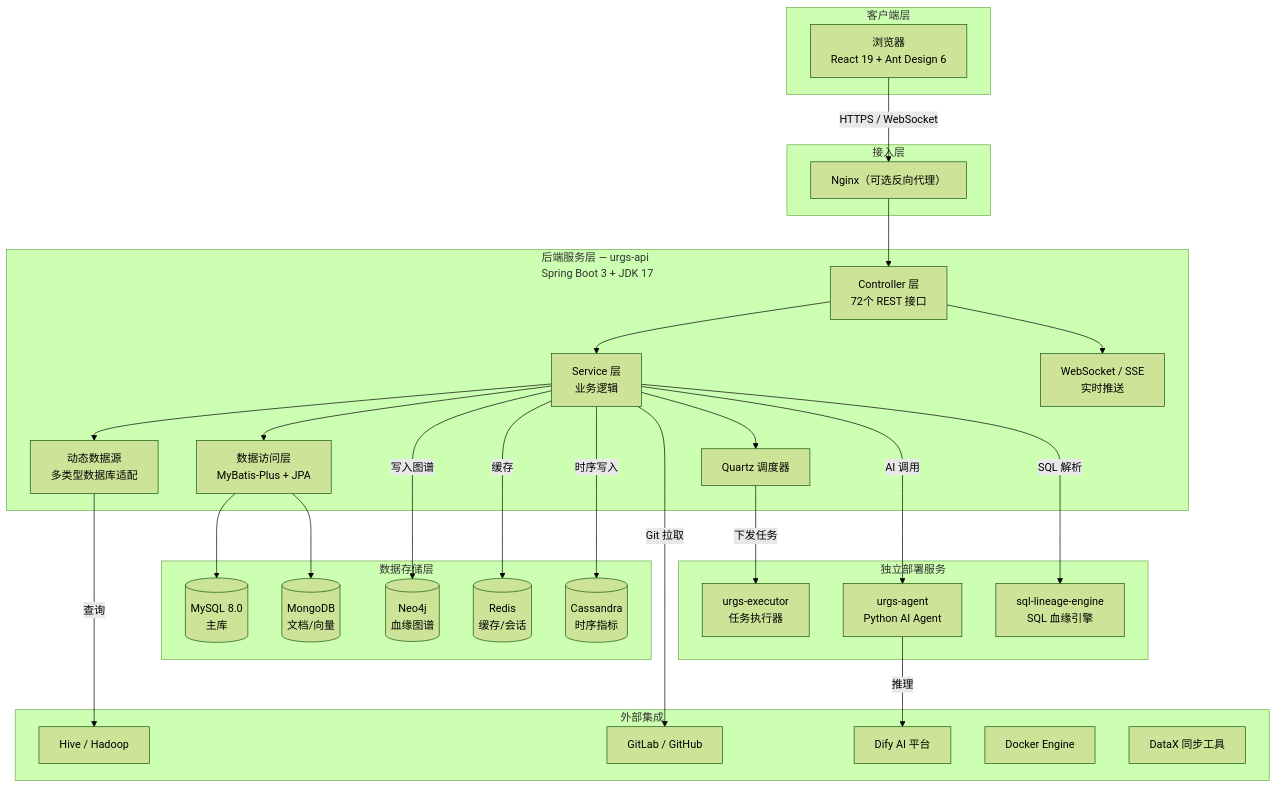
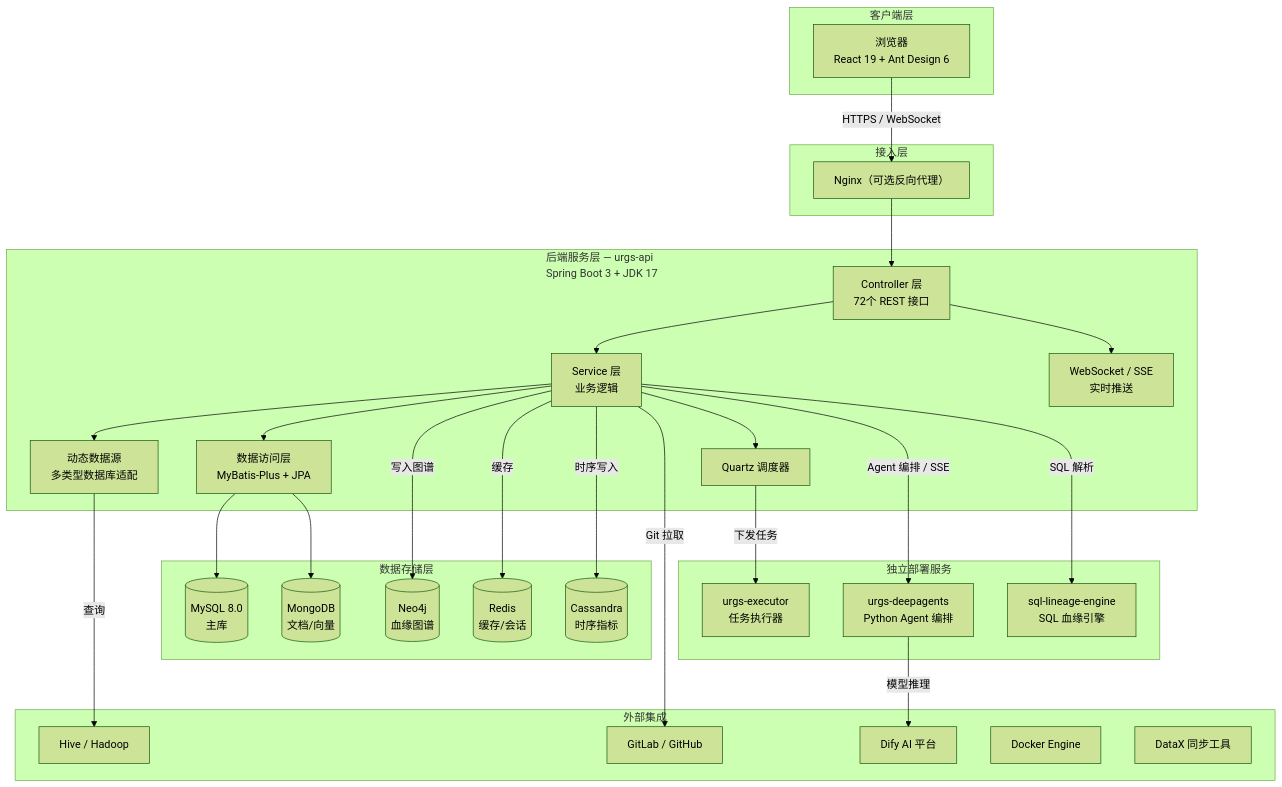
One commit to Jingkzhou/urgs changed the first of 7 diagrams in docs/architecture/architecture-diagrams.md. Above: the diagram before and after it, drawn with Mermaid (forest theme). The commit also changed other lines of this file and 63 other files, not shown here.

````diff
--- a/docs/architecture/architecture-diagrams.md
+++ b/docs/architecture/architecture-diagrams.md
@@ -9,60 +9,60 @@
 ```mermaid
 graph TB
     subgraph Client["客户端层"]
         Browser["浏览器<br/>React 19 + Ant Design 6"]
     end
 
     subgraph Gateway["接入层"]
         Nginx["Nginx（可选反向代理）"]
     end
 
     subgraph Backend["后端服务层 — urgs-api<br/>Spring Boot 3 + JDK 17"]
         Controller["Controller 层<br/>72个 REST 接口"]
         Service["Service 层<br/>业务逻辑"]
         Repo["数据访问层<br/>MyBatis-Plus + JPA"]
         Quartz["Quartz 调度器"]
         WS["WebSocket / SSE<br/>实时推送"]
         DynamicDS["动态数据源<br/>多类型数据库适配"]
     end
 
     subgraph Storage["数据存储层"]
         MySQL[("MySQL 8.0<br/>主库")]
         Mongo[("MongoDB<br/>文档/向量")]
         Neo4j[("Neo4j<br/>血缘图谱")]
         Redis[("Redis<br/>缓存/会话")]
         Cassandra[("Cassandra<br/>时序指标")]
     end
 
     subgraph External["外部集成"]
         Hive["Hive / Hadoop"]
         Git["GitLab / GitHub"]
         Dify["Dify AI 平台"]
         Docker["Docker Engine"]
         DataX["DataX 同步工具"]
     end
 
     subgraph Standalone["独立部署服务"]
         Executor["urgs-executor<br/>任务执行器"]
-        Agent["urgs-agent<br/>Python AI Agent"]
+        Agent["urgs-deepagents<br/>Python Agent 编排"]
         Lineage["sql-lineage-engine<br/>SQL 血缘引擎"]
     end
 
     Browser -->|"HTTPS / WebSocket"| Nginx
     Nginx --> Controller
     Controller --> Service
     Service --> Repo
     Service --> Quartz
     Service --> DynamicDS
     Controller --> WS
     Repo --> MySQL
     Repo --> Mongo
     Service -->|"写入图谱"| Neo4j
     Service -->|"缓存"| Redis
     Service -->|"时序写入"| Cassandra
     DynamicDS -->|"查询"| Hive
     Service -->|"Git 拉取"| Git
-    Service -->|"AI 调用"| Agent
-    Agent -->|"推理"| Dify
+    Service -->|"Agent 编排 / SSE"| Agent
+    Agent -->|"模型推理"| Dify
     Quartz -->|"下发任务"| Executor
     Service -->|"SQL 解析"| Lineage
 ```
````
